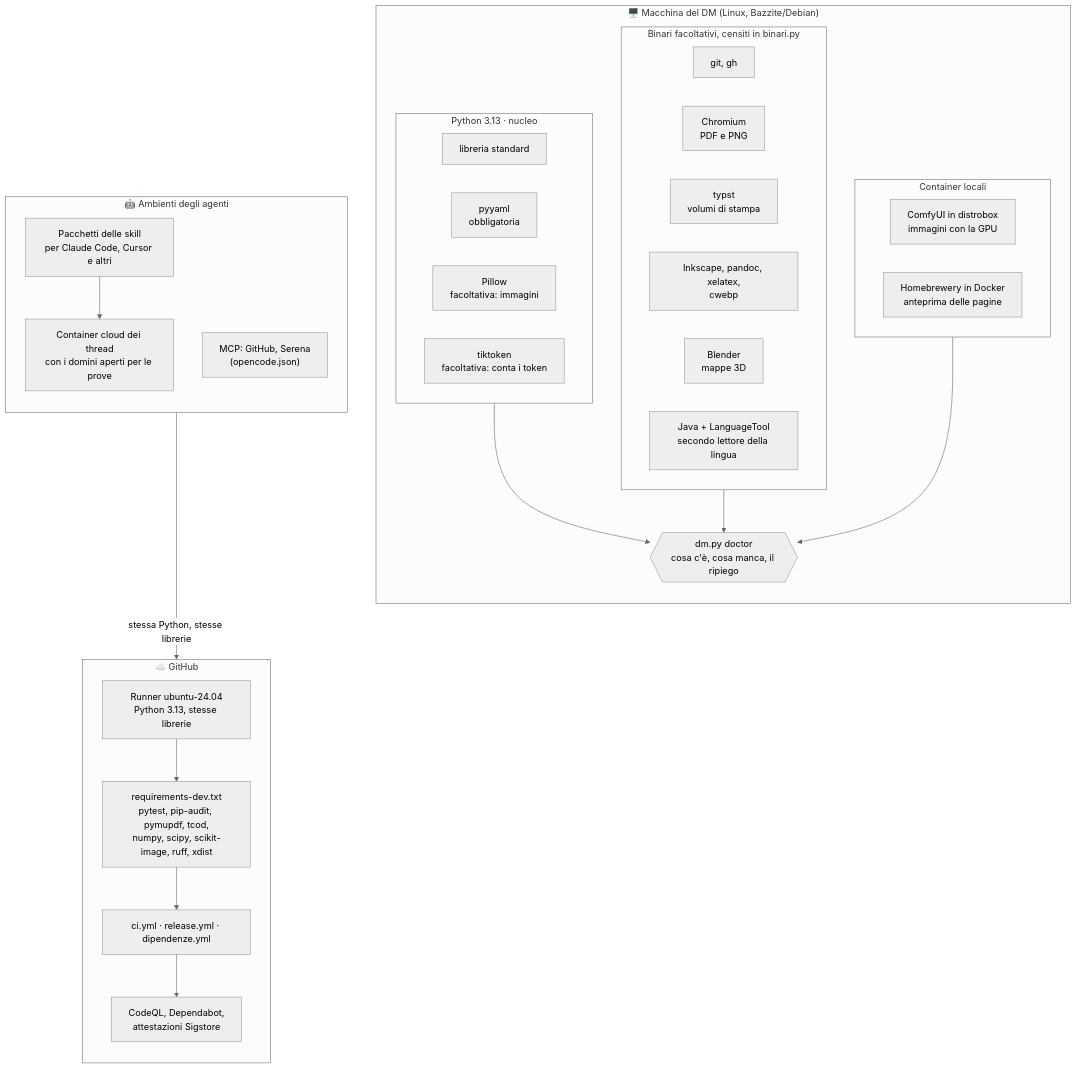
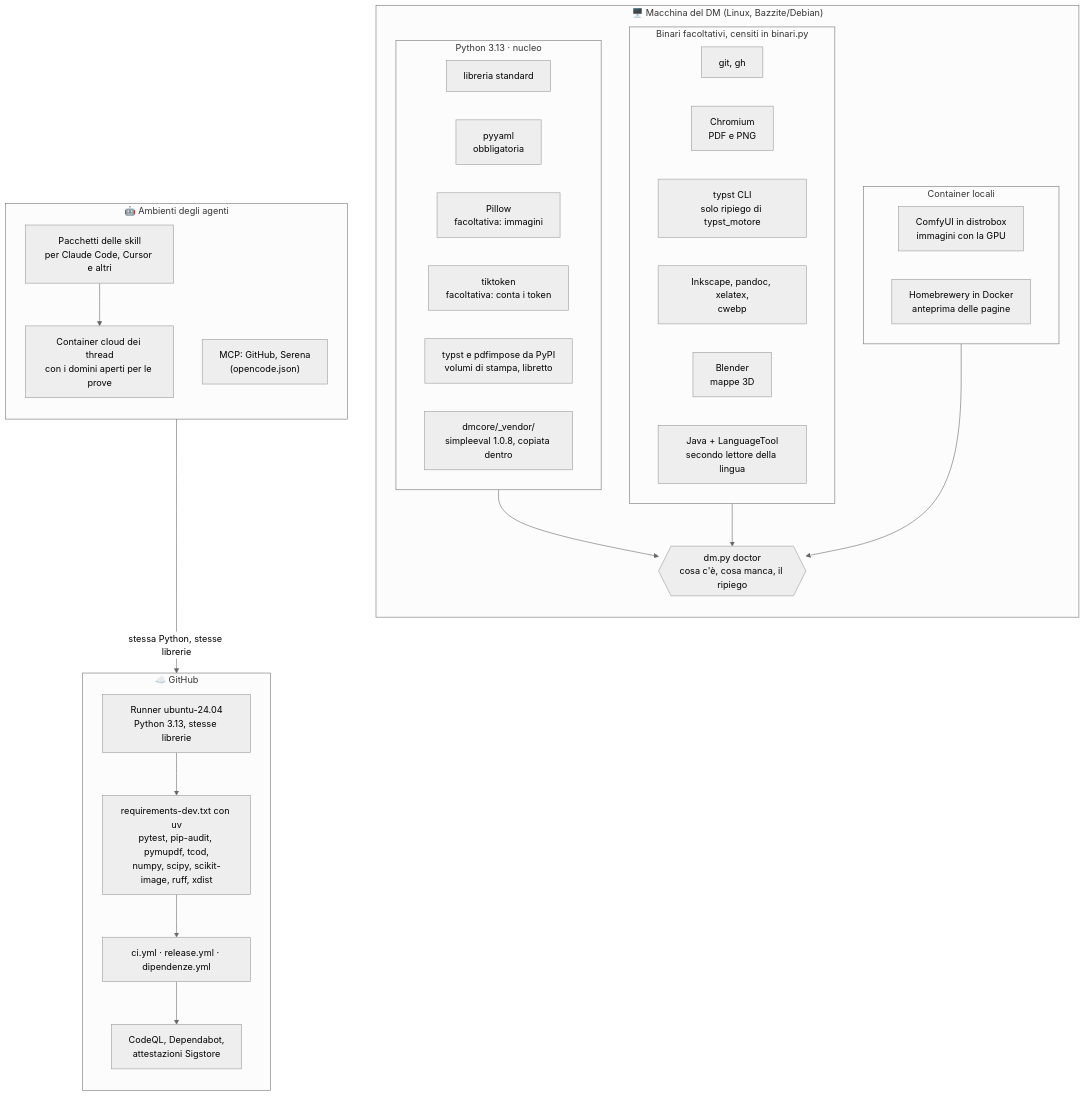
The third of 29 diagrams in docs/ARCHITETTURA.md (gsamuele78/RumblingStone), drawn with Mermaid (neutral theme) before and after one commit. The commit also changed other lines of this file and 7 other files, not shown here.

````diff
--- a/docs/ARCHITETTURA.md
+++ b/docs/ARCHITETTURA.md
@@ -139,48 +154,50 @@
 ```mermaid
 flowchart TB
     subgraph MACC["🖥️ Macchina del DM (Linux, Bazzite/Debian)"]
         direction TB
         subgraph PY["Python 3.13 · nucleo"]
             STD["libreria standard"]
             YAML["pyyaml<br/>obbligatoria"]
             PIL["Pillow<br/>facoltativa: immagini"]
             TIK["tiktoken<br/>facoltativa: conta i token"]
+            TPY["typst e pdfimpose da PyPI<br/>volumi di stampa, libretto"]
+            VEN["dmcore/_vendor/<br/>simpleeval 1.0.8, copiata dentro"]
         end
         subgraph BIN["Binari facoltativi, censiti in binari.py"]
             GIT["git, gh"]
             CHR["Chromium<br/>PDF e PNG"]
-            TYP["typst<br/>volumi di stampa"]
+            TYP["typst CLI<br/>solo ripiego di typst_motore"]
             INK["Inkscape, pandoc, xelatex,<br/>cwebp"]
             BLE["Blender<br/>mappe 3D"]
             JAVA["Java + LanguageTool<br/>secondo lettore della lingua"]
         end
         subgraph CONT["Container locali"]
             COMFY["ComfyUI in distrobox<br/>immagini con la GPU"]
             HB["Homebrewery in Docker<br/>anteprima delle pagine"]
         end
         DOC{{"dm.py doctor<br/>cosa c'è, cosa manca, il ripiego"}}
     end
 
     subgraph CLOUD["☁️ GitHub"]
         direction TB
         RUN["Runner ubuntu-24.04<br/>Python 3.13, stesse librerie"]
-        DEV["requirements-dev.txt<br/>pytest, pip-audit, pymupdf, tcod,<br/>numpy, scipy, scikit-image, ruff, xdist"]
+        DEV["requirements-dev.txt con uv<br/>pytest, pip-audit, pymupdf, tcod,<br/>numpy, scipy, scikit-image, ruff, xdist"]
         WF["ci.yml · release.yml · dipendenze.yml"]
         SEC["CodeQL, Dependabot,<br/>attestazioni Sigstore"]
     end
 
     subgraph AGT["🤖 Ambienti degli agenti"]
         direction TB
         CC["Container cloud dei thread<br/>con i domini aperti per le prove"]
         PKG["Pacchetti delle skill<br/>per Claude Code, Cursor e altri"]
         MCP["MCP: GitHub, Serena<br/>(opencode.json)"]
     end
 
     PY --> DOC
     BIN --> DOC
     CONT --> DOC
     RUN --> DEV --> WF
     WF --> SEC
     CC -->|"stessa Python, stesse librerie"| RUN
     PKG --> CC
 ```
````
